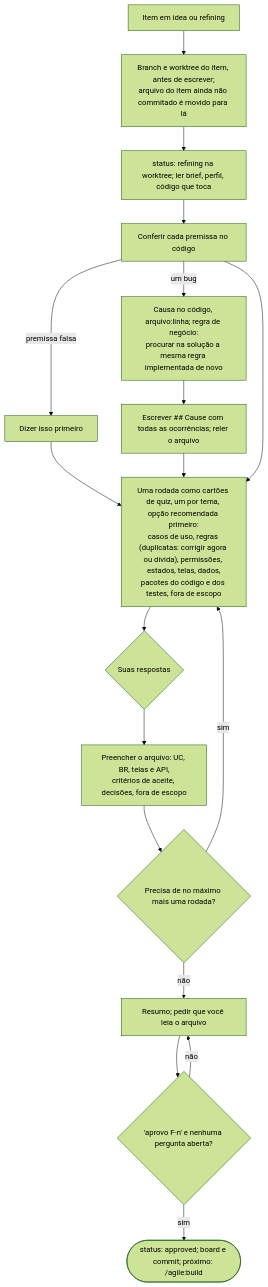
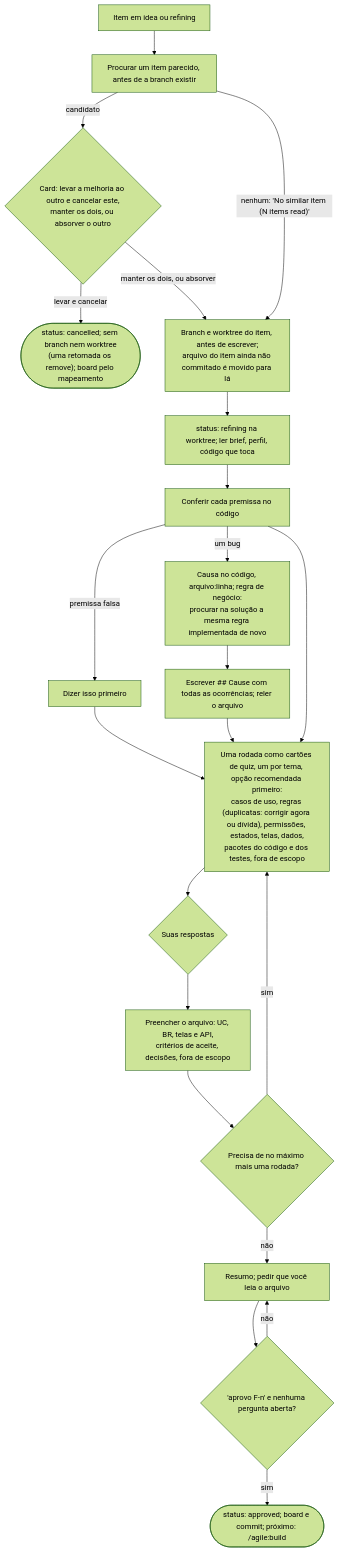
The seventh of 20 diagrams in docs/agile/workflow.pt-BR.md (alexcanario/simulab), drawn with Mermaid (forest theme) before and after one commit. The commit also changed other lines of this file and 11 other files, not shown here.

````diff
--- a/docs/agile/workflow.pt-BR.md
+++ b/docs/agile/workflow.pt-BR.md
@@ -2543,20 +2693,24 @@
 ```mermaid
 flowchart TD
-    A["Item em idea ou refining"] --> A1["Branch e worktree do item, antes de escrever;<br/>arquivo do item ainda não commitado é movido para lá"]
+    A["Item em idea ou refining"] --> A0["Procurar um item parecido, antes de a branch existir"]
+    A0 -->|candidato| A00{"Card: levar a melhoria ao outro e cancelar este,<br/>manter os dois, ou absorver o outro"}
+    A00 -->|"levar e cancelar"| A01(["status: cancelled; sem branch nem worktree<br/>(uma retomada os remove); board pelo mapeamento"])
+    A00 -->|"manter os dois, ou absorver"| A1
+    A0 -->|"nenhum: 'No similar item (N items read)'"| A1["Branch e worktree do item, antes de escrever;<br/>arquivo do item ainda não commitado é movido para lá"]
     A1 --> B["status: refining na worktree; ler brief, perfil, código que toca"]
     B --> C["Conferir cada premissa no código"]
     C -->|premissa falsa| C1["Dizer isso primeiro"]
     C1 --> D
     C -->|um bug| C2["Causa no código, arquivo:linha; regra de negócio:<br/>procurar na solução a mesma regra implementada de novo"]
     C2 --> C3["Escrever ## Cause com todas as ocorrências; reler o arquivo"]
     C3 --> D
     C --> D["Uma rodada como cartões de quiz, um por tema, opção recomendada primeiro:<br/>casos de uso, regras (duplicatas: corrigir agora ou dívida), permissões, estados, telas, dados,<br/>pacotes do código e dos testes, fora de escopo"]
     D --> E{"Suas respostas"}
     E --> F["Preencher o arquivo: UC, BR, telas e API,<br/>critérios de aceite, decisões, fora de escopo"]
     F --> G{"Precisa de no máximo mais uma rodada?"}
     G -->|sim| D
     G -->|não| H["Resumo; pedir que você leia o arquivo"]
     H --> I{"'aprovo F-n' e nenhuma pergunta aberta?"}
     I -->|não| H
     I -->|sim| J(["status: approved; board e commit; próximo: /agile:build"])
 ```
````
